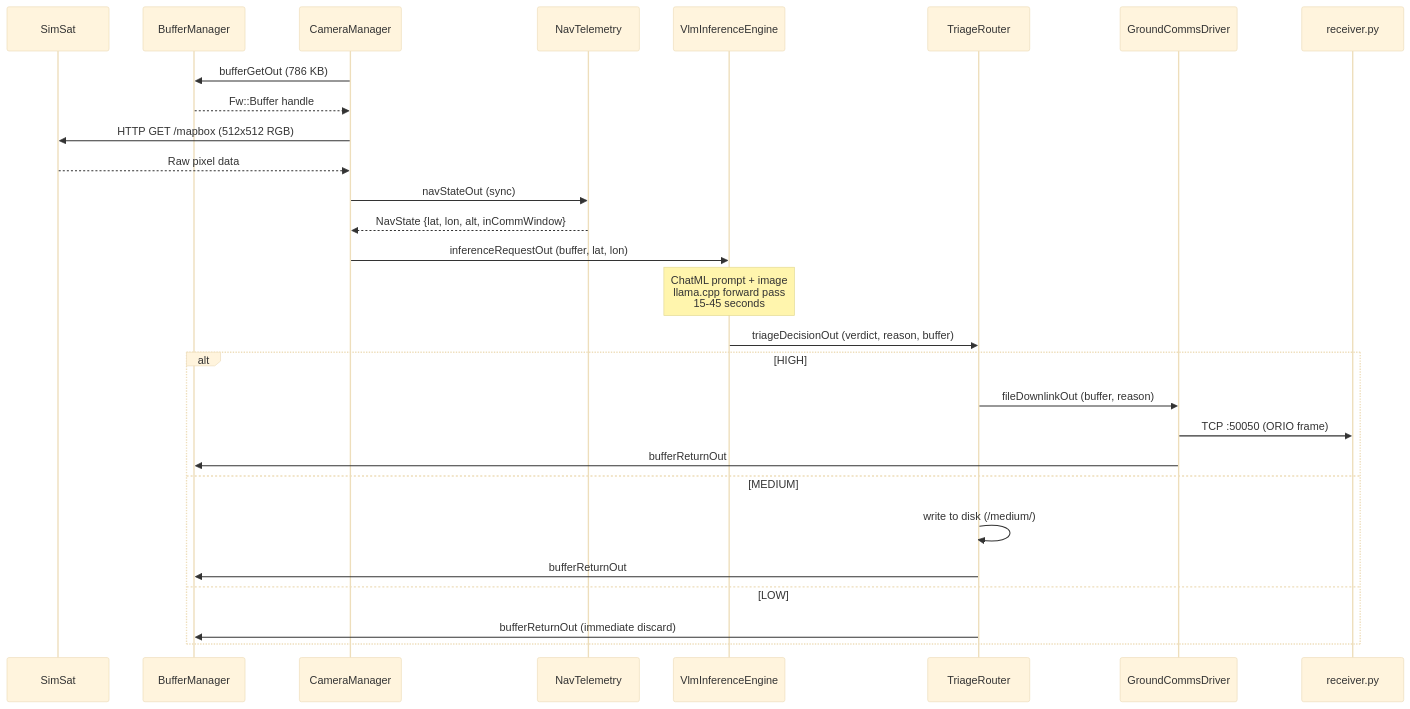
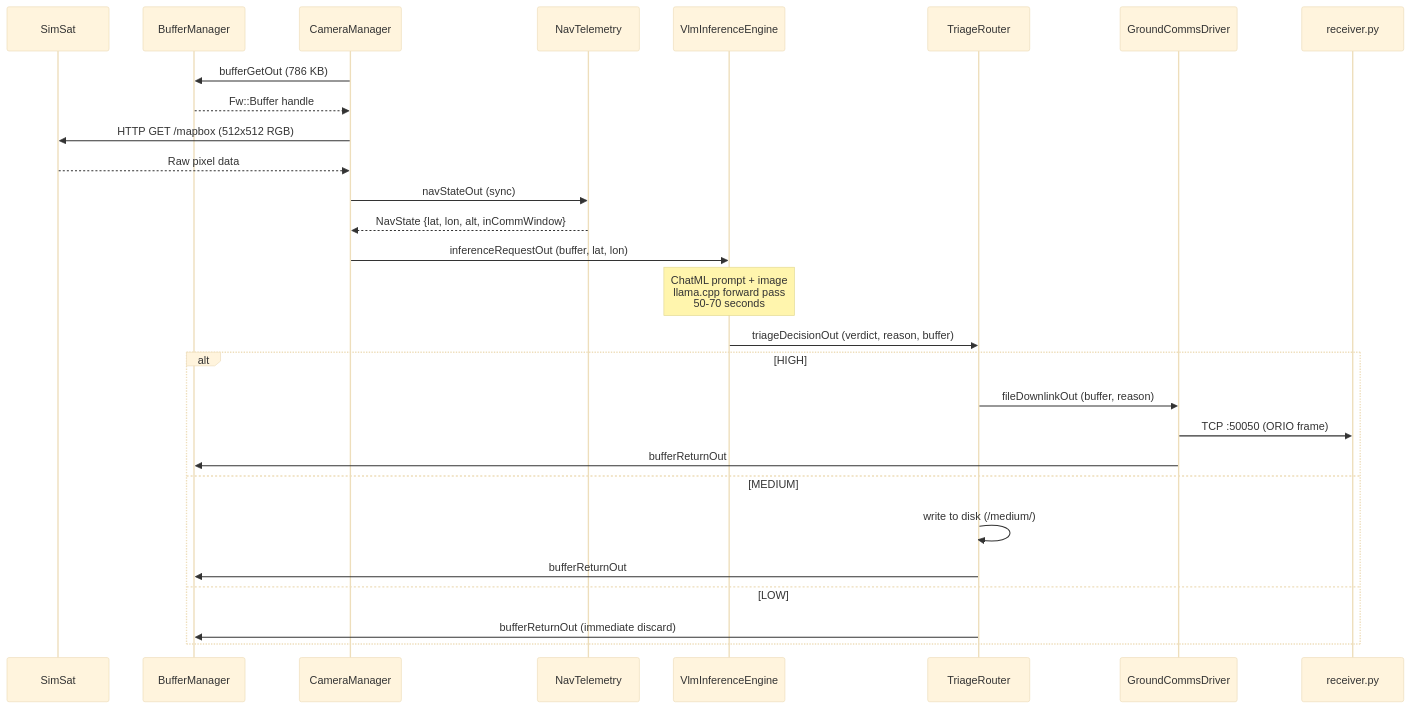
The first of 3 diagrams in docs/architecture/data-flow.md (Saransh-cpp/ORION), drawn with Mermaid (base theme) before and after one commit. The commit also changed 5 other files, not shown here.

````diff
--- a/docs/architecture/data-flow.md
+++ b/docs/architecture/data-flow.md
@@ -9,34 +9,34 @@
 ```mermaid
 sequenceDiagram
     participant SS as SimSat
     participant BM as BufferManager
     participant CM as CameraManager
     participant NT as NavTelemetry
     participant VLM as VlmInferenceEngine
     participant TR as TriageRouter
     participant GCD as GroundCommsDriver
     participant RX as receiver.py
 
     CM->>BM: bufferGetOut (786 KB)
     BM-->>CM: Fw::Buffer handle
     CM->>SS: HTTP GET /mapbox (512x512 RGB)
     SS-->>CM: Raw pixel data
     CM->>NT: navStateOut (sync)
     NT-->>CM: NavState {lat, lon, alt, inCommWindow}
     CM->>VLM: inferenceRequestOut (buffer, lat, lon)
 
-    Note over VLM: ChatML prompt + image<br/>llama.cpp forward pass<br/>15-45 seconds
+    Note over VLM: ChatML prompt + image<br/>llama.cpp forward pass<br/>50-70 seconds
 
     VLM->>TR: triageDecisionOut (verdict, reason, buffer)
 
     alt HIGH
         TR->>GCD: fileDownlinkOut (buffer, reason)
         GCD->>RX: TCP :50050 (ORIO frame)
         GCD->>BM: bufferReturnOut
     else MEDIUM
         TR->>TR: write to disk (/medium/)
         TR->>BM: bufferReturnOut
     else LOW
         TR->>BM: bufferReturnOut (immediate discard)
     end
 ```
````
